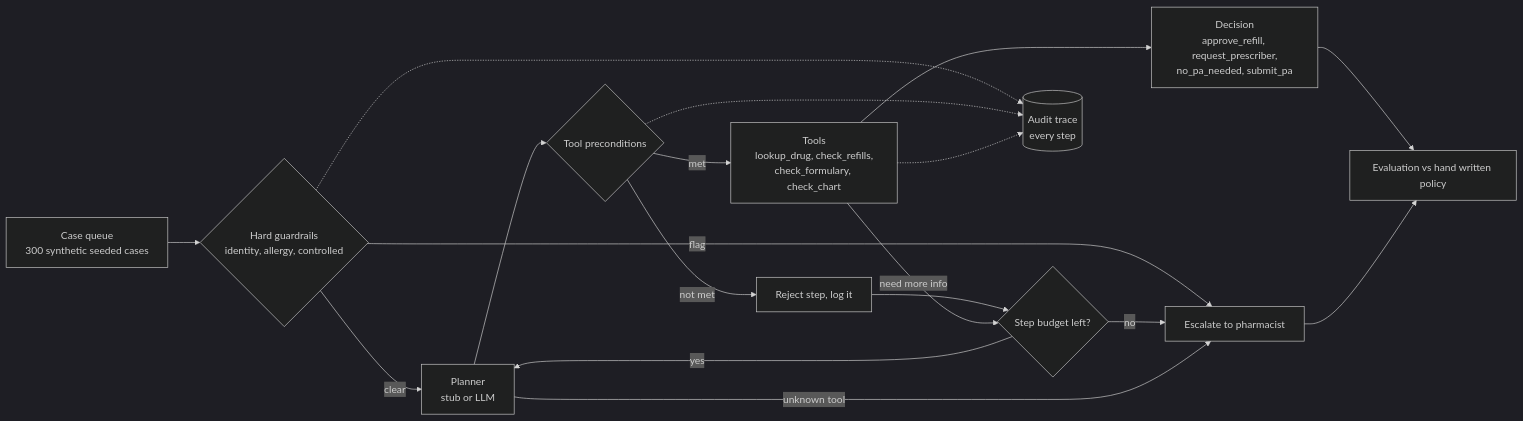
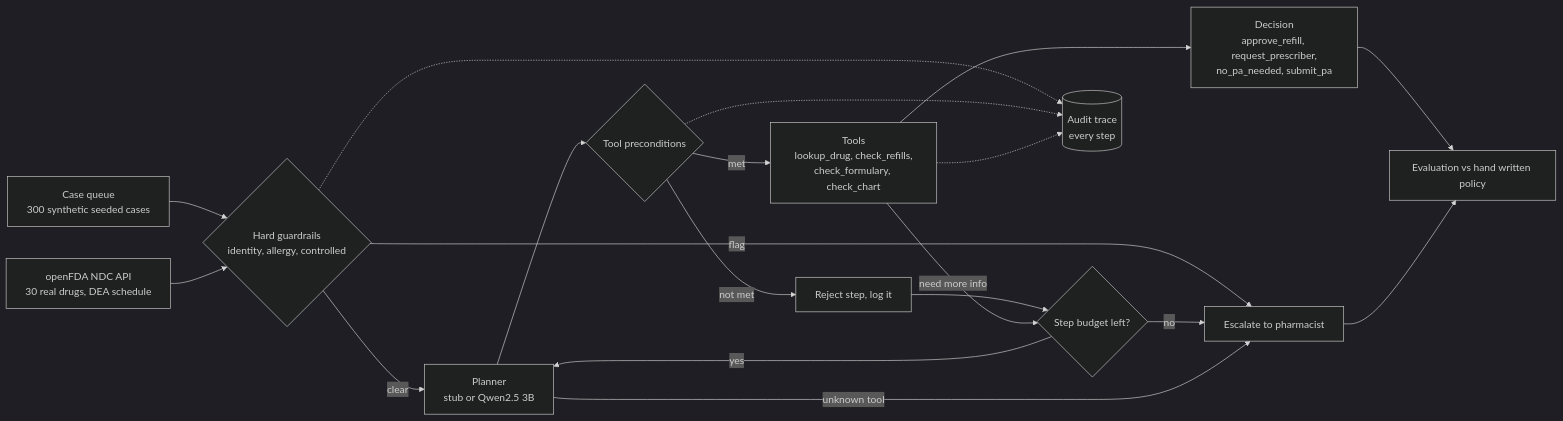
The diagram in docs/architecture.md (manishreddy998/pharmacy-refill-prior-auth-agent), drawn with Mermaid (dark theme) before and after one commit. The commit also changed other lines of this file and 15 other files, not shown here.

Commit message:
Use real openFDA drug facts and run a local Qwen2.5 3B planner through the guardrails

````diff
--- a/docs/architecture.md
+++ b/docs/architecture.md
@@ -3,19 +3,20 @@
 ```mermaid
 flowchart LR
   Q[Case queue<br/>300 synthetic seeded cases] --> G{Hard guardrails<br/>identity, allergy, controlled}
+  FDA[openFDA NDC API<br/>30 real drugs, DEA schedule] --> G
   G -->|flag| E[Escalate to pharmacist]
-  G -->|clear| P[Planner<br/>stub or LLM]
+  G -->|clear| P[Planner<br/>stub or Qwen2.5 3B]
   P --> PC{Tool preconditions}
   PC -->|not met| R[Reject step, log it] --> B{Step budget left?}
   PC -->|met| T[Tools<br/>lookup_drug, check_refills,<br/>check_formulary, check_chart]
   T -->|need more info| B
   B -->|yes| P
   B -->|no| E
   P -->|unknown tool| E
   T --> D[Decision<br/>approve_refill, request_prescriber,<br/>no_pa_needed, submit_pa]
   G -.-> A[(Audit trace<br/>every step)]
   PC -.-> A
   T -.-> A
   D --> V[Evaluation vs hand written policy]
   E --> V
 ```
````
